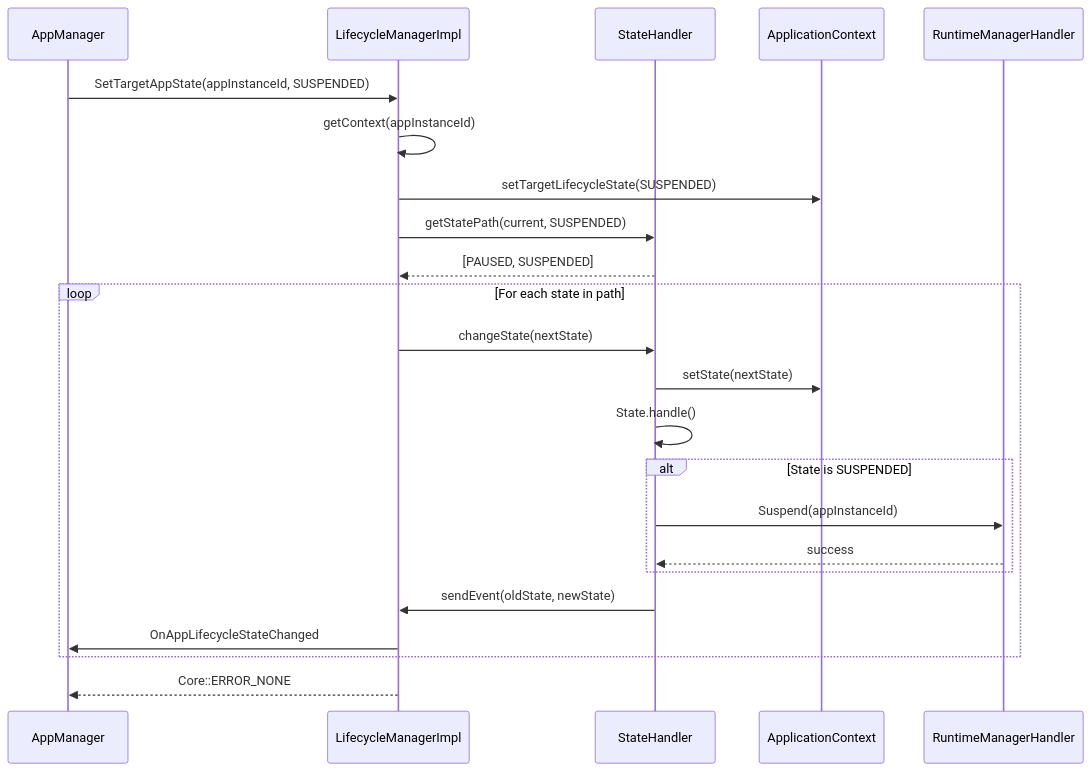
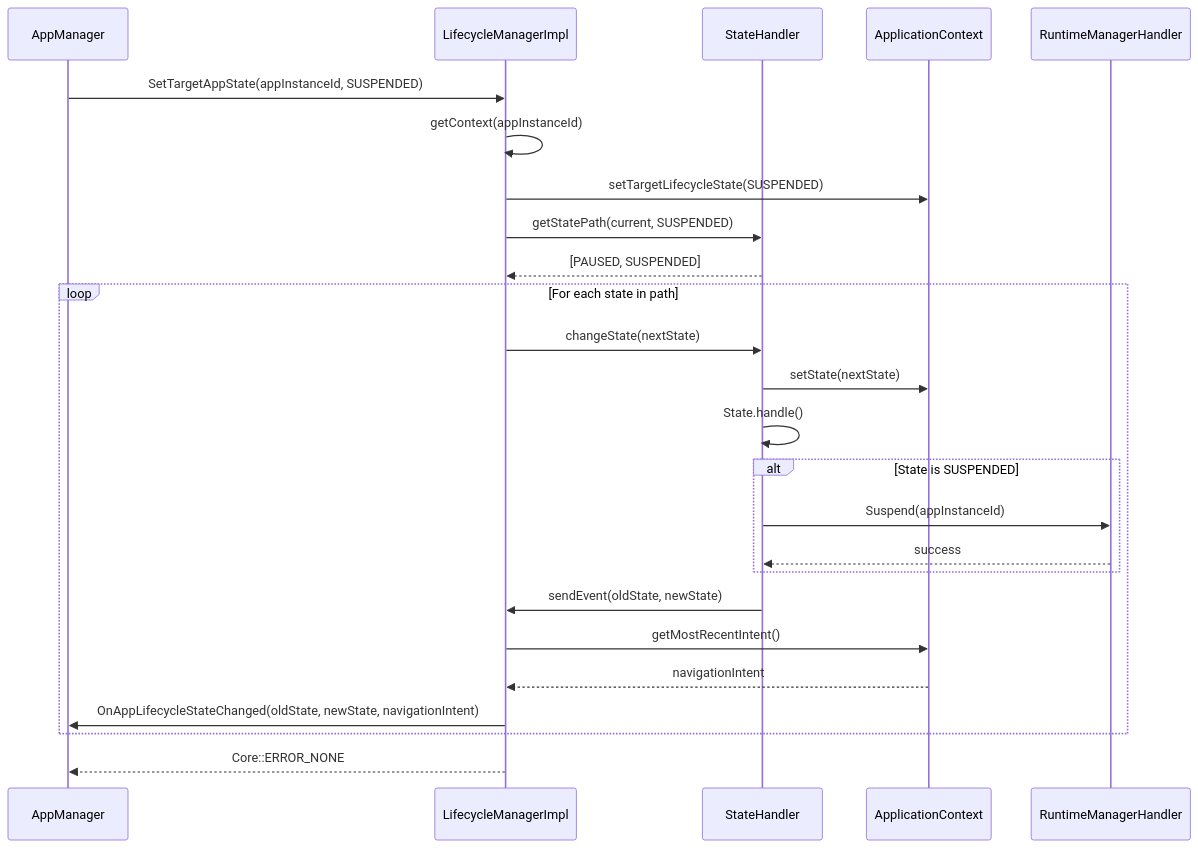
The fifth of 8 diagrams in LifecycleManager/LifecycleManager.md (rdkcentral/entservices-appmanagers), drawn with Mermaid before and after one commit. The commit also changed 19 other files, not shown here.

````diff
--- a/LifecycleManager/LifecycleManager.md
+++ b/LifecycleManager/LifecycleManager.md
@@ -495,28 +495,30 @@
 ```mermaid
 sequenceDiagram
     participant AM as AppManager
     participant LCM as LifecycleManagerImpl
     participant SH as StateHandler
     participant AC as ApplicationContext
     participant RMH as RuntimeManagerHandler
 
     AM->>LCM: SetTargetAppState(appInstanceId, SUSPENDED)
     LCM->>LCM: getContext(appInstanceId)
     LCM->>AC: setTargetLifecycleState(SUSPENDED)
     LCM->>SH: getStatePath(current, SUSPENDED)
     SH-->>LCM: [PAUSED, SUSPENDED]
     
     loop For each state in path
         LCM->>SH: changeState(nextState)
         SH->>AC: setState(nextState)
         SH->>SH: State.handle()
         alt State is SUSPENDED
             SH->>RMH: Suspend(appInstanceId)
             RMH-->>SH: success
         end
         SH->>LCM: sendEvent(oldState, newState)
-        LCM->>AM: OnAppLifecycleStateChanged
+        LCM->>AC: getMostRecentIntent()
+        AC-->>LCM: navigationIntent
+        LCM->>AM: OnAppLifecycleStateChanged(oldState, newState, navigationIntent)
     end
     
     LCM-->>AM: Core::ERROR_NONE
 ```
````
